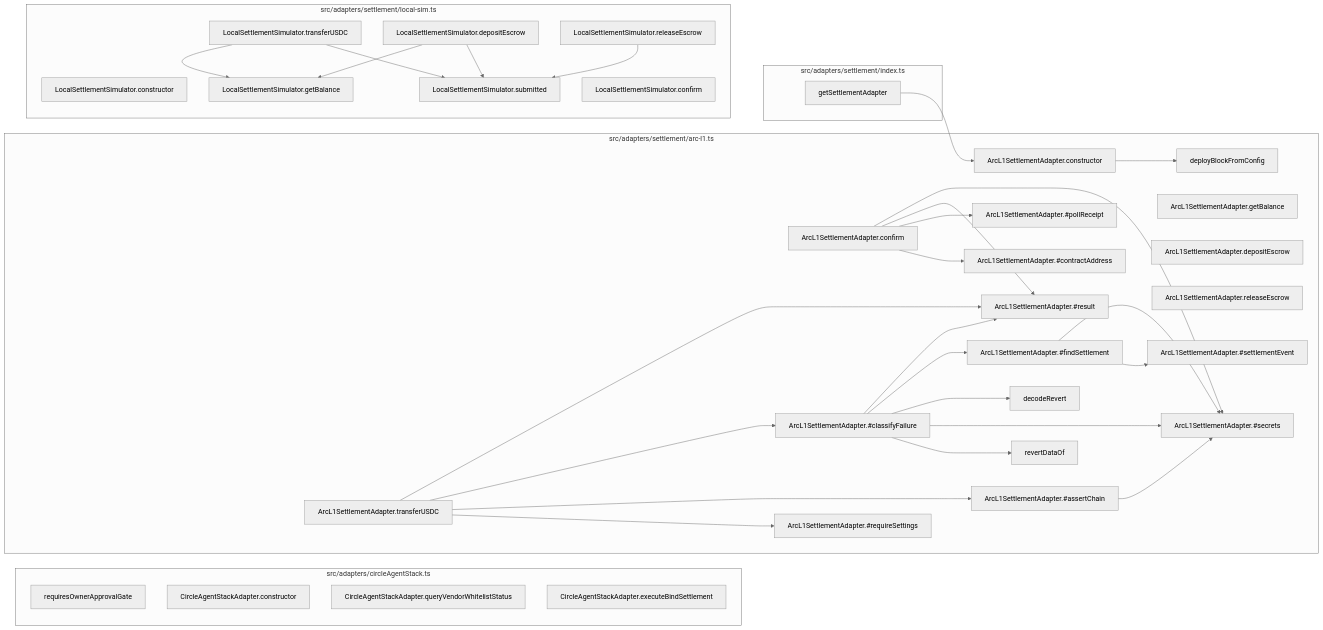
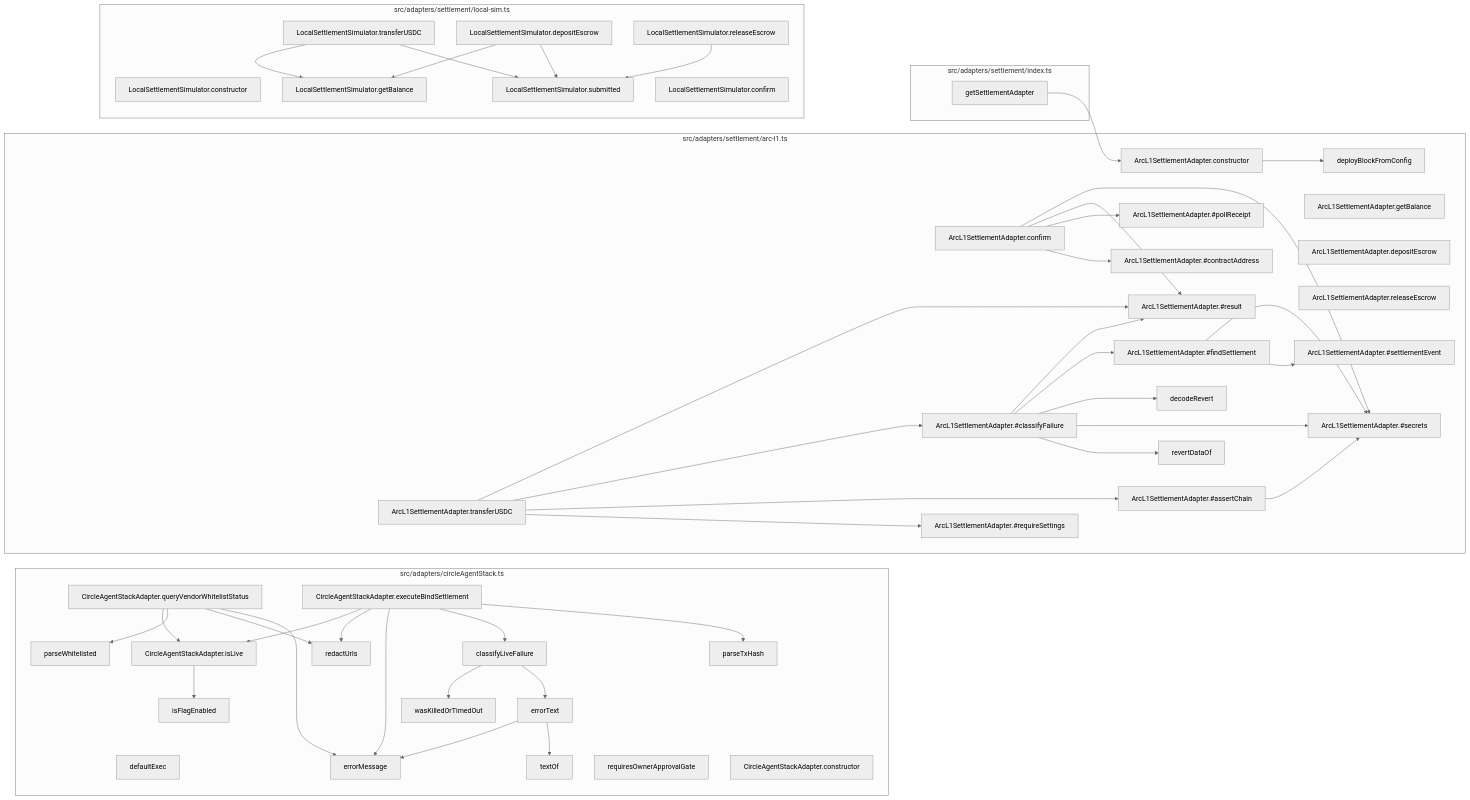
The fifth of 8 diagrams in docs/CODEBASE_MAP.md (Jaydearcadian/bind), drawn with Mermaid (neutral theme) before and after one commit. The commit also changed other lines of this file and 7 other files, not shown here.

First line of the commit message:
fix(circle): never report a simulated or unconfirmed Circle CLI result as settled; stop claiming VERIFIED_REMOTE

````diff
--- a/docs/CODEBASE_MAP.md
+++ b/docs/CODEBASE_MAP.md
@@ -248,64 +259,89 @@
 ```mermaid
 flowchart LR
   subgraph F0["src/adapters/circleAgentStack.ts"]
-    n2["requiresOwnerApprovalGate"]
-    n3["CircleAgentStackAdapter.constructor"]
-    n4["CircleAgentStackAdapter.queryVendorWhitelistStatus"]
-    n5["CircleAgentStackAdapter.executeBindSettlement"]
+    n2["defaultExec"]
+    n3["requiresOwnerApprovalGate"]
+    n4["isFlagEnabled"]
+    n5["redactUrls"]
+    n6["errorMessage"]
+    n7["textOf"]
+    n8["errorText"]
+    n9["wasKilledOrTimedOut"]
+    n10["classifyLiveFailure"]
+    n11["parseWhitelisted"]
+    n12["parseTxHash"]
+    n13["CircleAgentStackAdapter.constructor"]
+    n14["CircleAgentStackAdapter.isLive"]
+    n15["CircleAgentStackAdapter.queryVendorWhitelistStatus"]
+    n16["CircleAgentStackAdapter.executeBindSettlement"]
   end
   subgraph F1["src/adapters/settlement/arc-l1.ts"]
-    n8["revertDataOf"]
-    n9["decodeRevert"]
-    n10["deployBlockFromConfig"]
-    n11["ArcL1SettlementAdapter.constructor"]
-    n12["ArcL1SettlementAdapter.getBalance"]
-    n13["ArcL1SettlementAdapter.transferUSDC"]
-    n14["ArcL1SettlementAdapter.confirm"]
-    n15["ArcL1SettlementAdapter.depositEscrow"]
-    n16["ArcL1SettlementAdapter.releaseEscrow"]
-    n17["ArcL1SettlementAdapter.#result"]
-    n18["ArcL1SettlementAdapter.#secrets"]
-    n19["ArcL1SettlementAdapter.#classifyFailure"]
-    n20["ArcL1SettlementAdapter.#contractAddress"]
-    n21["ArcL1SettlementAdapter.#requireSettings"]
-    n22["ArcL1SettlementAdapter.#assertChain"]
-    n23["ArcL1SettlementAdapter.#settlementEvent"]
-    n24["ArcL1SettlementAdapter.#findSettlement"]
-    n25["ArcL1SettlementAdapter.#pollReceipt"]
+    n19["revertDataOf"]
+    n20["decodeRevert"]
+    n21["deployBlockFromConfig"]
+    n22["ArcL1SettlementAdapter.constructor"]
+    n23["ArcL1SettlementAdapter.getBalance"]
+    n24["ArcL1SettlementAdapter.transferUSDC"]
+    n25["ArcL1SettlementAdapter.confirm"]
+    n26["ArcL1SettlementAdapter.depositEscrow"]
+    n27["ArcL1SettlementAdapter.releaseEscrow"]
+    n28["ArcL1SettlementAdapter.#result"]
+    n29["ArcL1SettlementAdapter.#secrets"]
+    n30["ArcL1SettlementAdapter.#classifyFailure"]
+    n31["ArcL1SettlementAdapter.#contractAddress"]
+    n32["ArcL1SettlementAdapter.#requireSettings"]
+    n33["ArcL1SettlementAdapter.#assertChain"]
+    n34["ArcL1SettlementAdapter.#settlementEvent"]
+    n35["ArcL1SettlementAdapter.#findSettlement"]
+    n36["ArcL1SettlementAdapter.#pollReceipt"]
   end
   subgraph F2["src/adapters/settlement/index.ts"]
-    n34["getSettlementAdapter"]
+    n45["getSettlementAdapter"]
   end
   subgraph F3["src/adapters/settlement/local-sim.ts"]
-    n35["LocalSettlementSimulator.constructor"]
-    n36["LocalSettlementSimulator.getBalance"]
-    n37["LocalSettlementSimulator.transferUSDC"]
-    n38["LocalSettlementSimulator.confirm"]
-    n39["LocalSettlementSimulator.depositEscrow"]
-    n40["LocalSettlementSimulator.releaseEscrow"]
-    n41["LocalSettlementSimulator.submitted"]
+    n46["LocalSettlementSimulator.constructor"]
+    n47["LocalSettlementSimulator.getBalance"]
+    n48["LocalSettlementSimulator.transferUSDC"]
+    n49["LocalSettlementSimulator.confirm"]
+    n50["LocalSettlementSimulator.depositEscrow"]
+    n51["LocalSettlementSimulator.releaseEscrow"]
+    n52["LocalSettlementSimulator.submitted"]
   end
-  n11 --> n10
-  n13 --> n21
-  n13 --> n22
-  n13 --> n19
-  n13 --> n17
-  n14 --> n20
-  n14 --> n25
-  n14 --> n17
-  n14 --> n18
-  n19 --> n8
-  n19 --> n18
-  n19 --> n9
-  n19 --> n24
-  n19 --> n17
-  n22 --> n18
-  n24 --> n23
-  n24 --> n18
-  n34 --> n11
-  n37 --> n36
-  n37 --> n41
-  n39 --> n36
-  n39 --> n41
-  n40 --> n41
+  n8 --> n6
+  n8 --> n7
+  n10 --> n9
+  n10 --> n8
+  n14 --> n4
+  n15 --> n14
+  n15 --> n11
+  n15 --> n5
+  n15 --> n6
+  n16 --> n14
+  n16 --> n5
+  n16 --> n6
+  n16 --> n10
+  n16 --> n12
+  n22 --> n21
+  n24 --> n32
+  n24 --> n33
+  n24 --> n30
+  n24 --> n28
+  n25 --> n31
+  n25 --> n36
+  n25 --> n28
+  n25 --> n29
+  n30 --> n19
+  n30 --> n29
+  n30 --> n20
+  n30 --> n35
+  n30 --> n28
+  n33 --> n29
+  n35 --> n34
+  n35 --> n29
+  n45 --> n22
+  n48 --> n47
+  n48 --> n52
+  n50 --> n47
+  n50 --> n52
+  n51 --> n52
 ```
````
